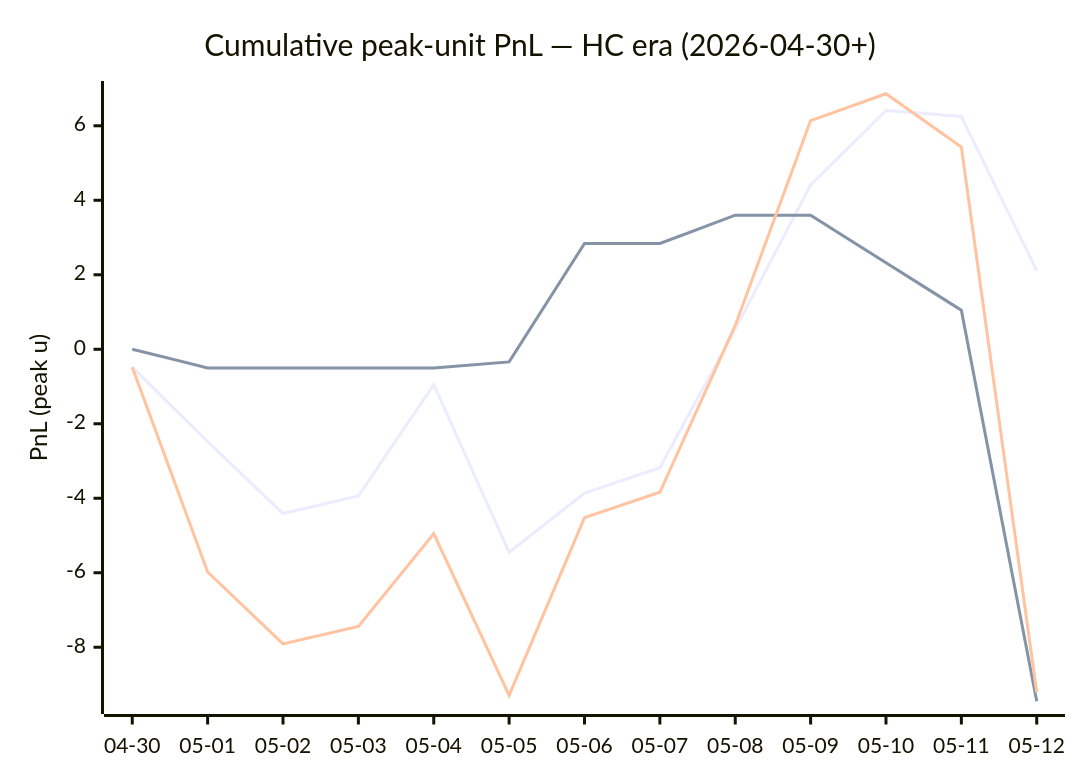
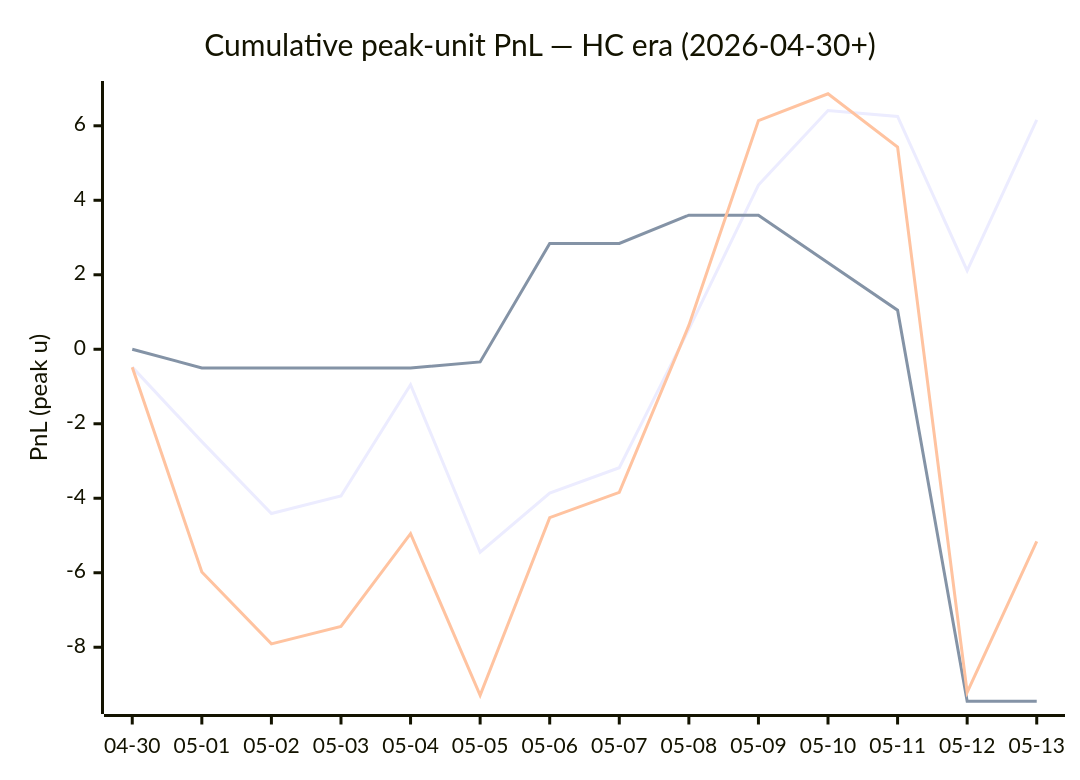
Before and after one commit to dpk1212/nhl-savant: the diagram in DAILY_V6_REPORT.md, drawn with Mermaid. The commit also changed other lines of this file, not shown here.

````diff
--- a/DAILY_V6_REPORT.md
+++ b/DAILY_V6_REPORT.md
@@ -175,9 +170,9 @@
 ```mermaid
 xychart-beta
     title "Cumulative peak-unit PnL — HC era (2026-04-30+)"
-    x-axis ["04-30", "05-01", "05-02", "05-03", "05-04", "05-05", "05-06", "05-07", "05-08", "05-09", "05-10", "05-11", "05-12"]
+    x-axis ["04-30", "05-01", "05-02", "05-03", "05-04", "05-05", "05-06", "05-07", "05-08", "05-09", "05-10", "05-11", "05-12", "05-13"]
     y-axis "PnL (peak u)"
-    line "HC ≥ +1" [-0.48, -2.48, -4.41, -3.94, -0.95, -5.45, -3.86, -3.18, 0.54, 4.41, 6.41, 6.25, 2.11]
-    line "HC = 0"  [0.00, -0.50, -0.50, -0.50, -0.50, -0.34, 2.84, 2.84, 3.60, 3.60, 2.32, 1.05, -9.45]
-    line "All (HC era)" [-0.48, -5.98, -7.91, -7.44, -4.95, -9.29, -4.52, -3.84, 0.64, 6.14, 6.86, 5.43, -9.21]
+    line "HC ≥ +1" [-0.48, -2.48, -4.41, -3.94, -0.95, -5.45, -3.86, -3.18, 0.54, 4.41, 6.41, 6.25, 2.11, 6.16]
+    line "HC = 0"  [0.00, -0.50, -0.50, -0.50, -0.50, -0.34, 2.84, 2.84, 3.60, 3.60, 2.32, 1.05, -9.45, -9.45]
+    line "All (HC era)" [-0.48, -5.98, -7.91, -7.44, -4.95, -9.29, -4.52, -3.84, 0.64, 6.14, 6.86, 5.43, -9.21, -5.16]
 ```
````
